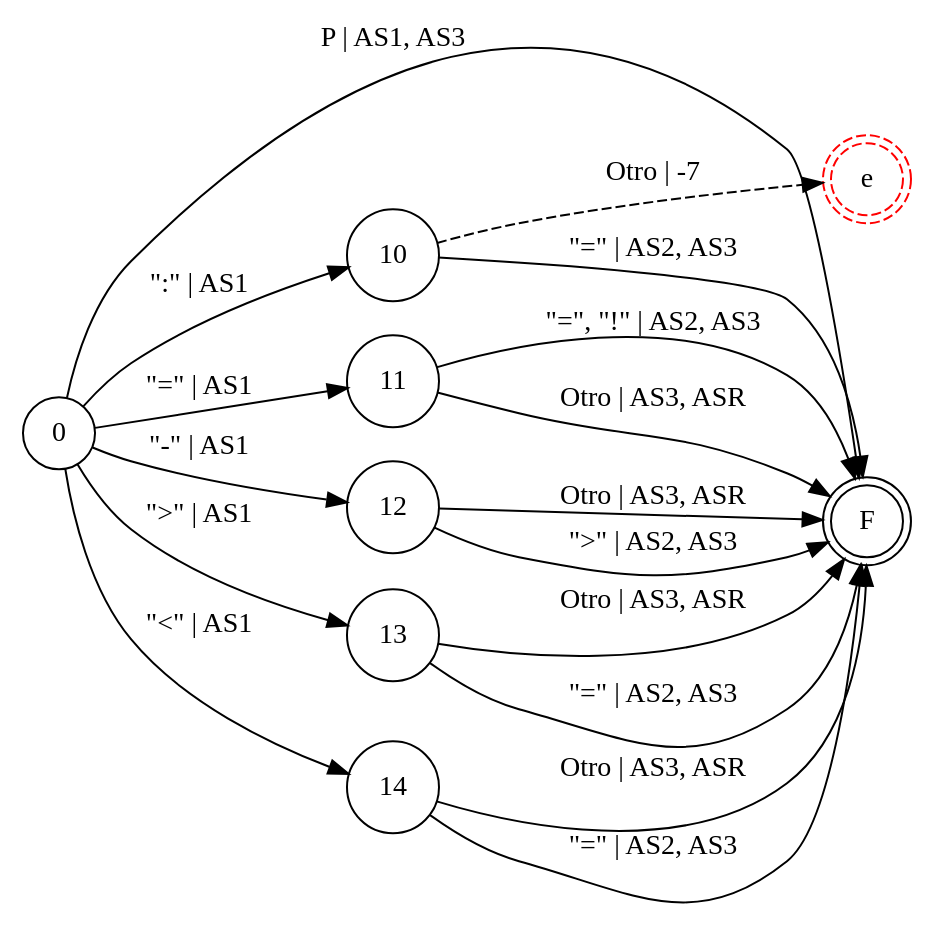
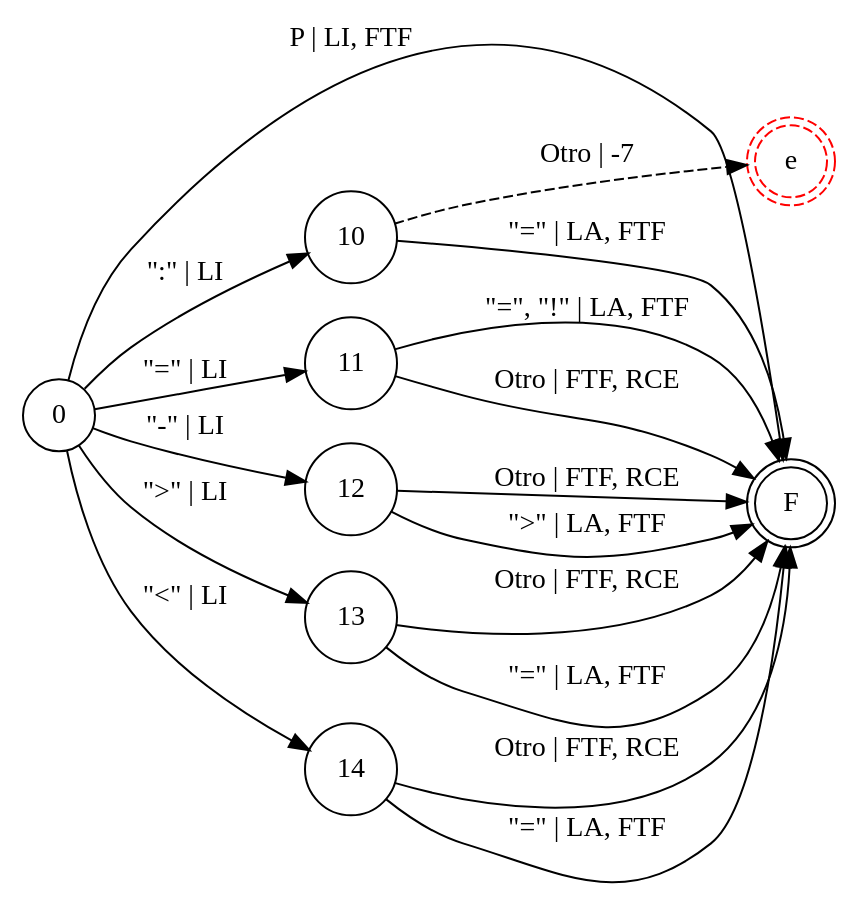
The diagram in resources/diagrams/graphs/operators.dot (iroumec/RouVel-Compiler), drawn with Graphviz before and after one commit. The commit also changed 29 other files, not shown here.

```diff
--- a/resources/diagrams/graphs/operators.dot
+++ b/resources/diagrams/graphs/operators.dot
@@ -1,23 +1,23 @@
 digraph DFA {
     rankdir = LR;
     node [shape = circle;];
     F [shape = doublecircle;];
     eP [shape = doublecircle;style = dashed;color = red;label = "e";];
     
-    0 -> 10 [label = "\":\" | AS1";];
-    0 -> 11 [label = "\"=\" | AS1";];
-    0 -> 12 [label = "\"-\" | AS1";];
-    0 -> 13 [label = "\">\" | AS1";];
-    0 -> 14 [label = "\"<\" | AS1";];
-    0 -> F [label = "P | AS1, AS3";];
-    10 -> F [label = "\"=\" | AS2, AS3";];
+    0 -> 10 [label = "\":\" | LI";];
+    0 -> 11 [label = "\"=\" | LI";];
+    0 -> 12 [label = "\"-\" | LI";];
+    0 -> 13 [label = "\">\" | LI";];
+    0 -> 14 [label = "\"<\" | LI";];
+    0 -> F [label = "P | LI, FTF";];
+    10 -> F [label = "\"=\" | LA, FTF";];
     10 -> eP [label = "Otro | -7"; style = dashed;];
-    11 -> F [label = "\"=\", \"!\" | AS2, AS3";];
-    11 -> F [label = "Otro | AS3, ASR";];
-    12 -> F [label = "\">\" | AS2, AS3";];
-    12 -> F [label = "Otro | AS3, ASR";];
-    13 -> F [label = "\"=\" | AS2, AS3";];
-    13 -> F [label = "Otro | AS3, ASR";];
-    14 -> F [label = "\"=\" | AS2, AS3";];
-    14 -> F [label = "Otro | AS3, ASR";];
+    11 -> F [label = "\"=\", \"!\" | LA, FTF";];
+    11 -> F [label = "Otro | FTF, RCE";];
+    12 -> F [label = "\">\" | LA, FTF";];
+    12 -> F [label = "Otro | FTF, RCE";];
+    13 -> F [label = "\"=\" | LA, FTF";];
+    13 -> F [label = "Otro | FTF, RCE";];
+    14 -> F [label = "\"=\" | LA, FTF";];
+    14 -> F [label = "Otro | FTF, RCE";];
 }
```
